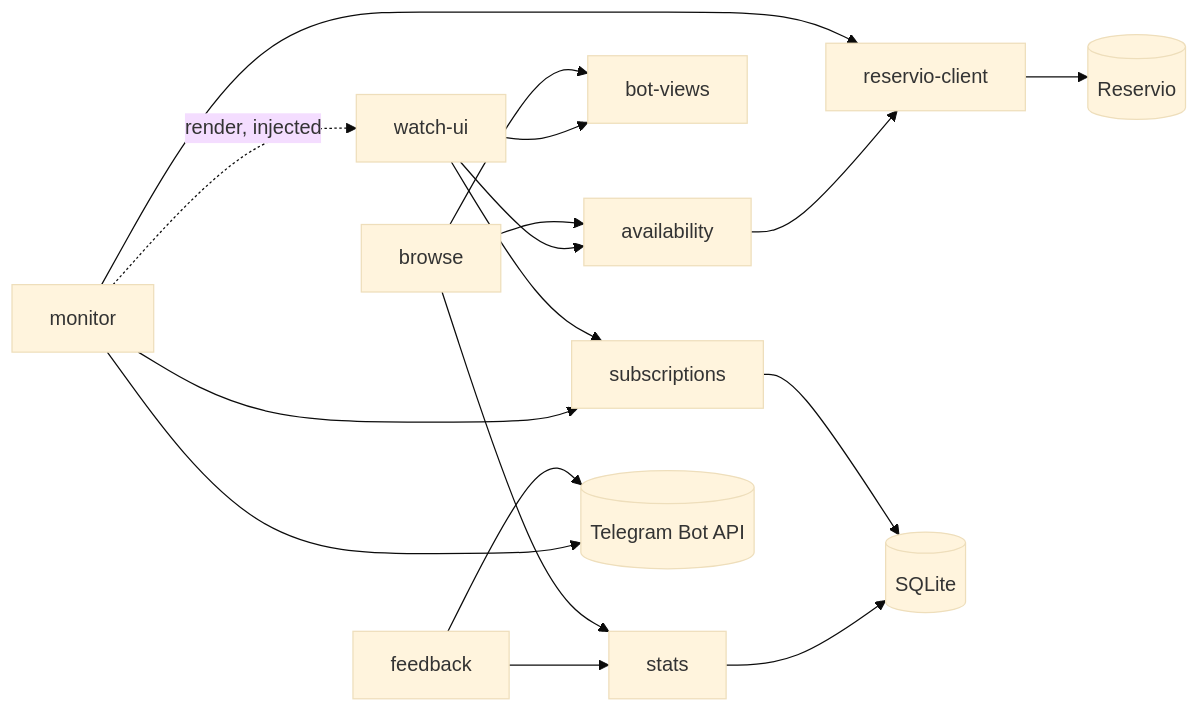
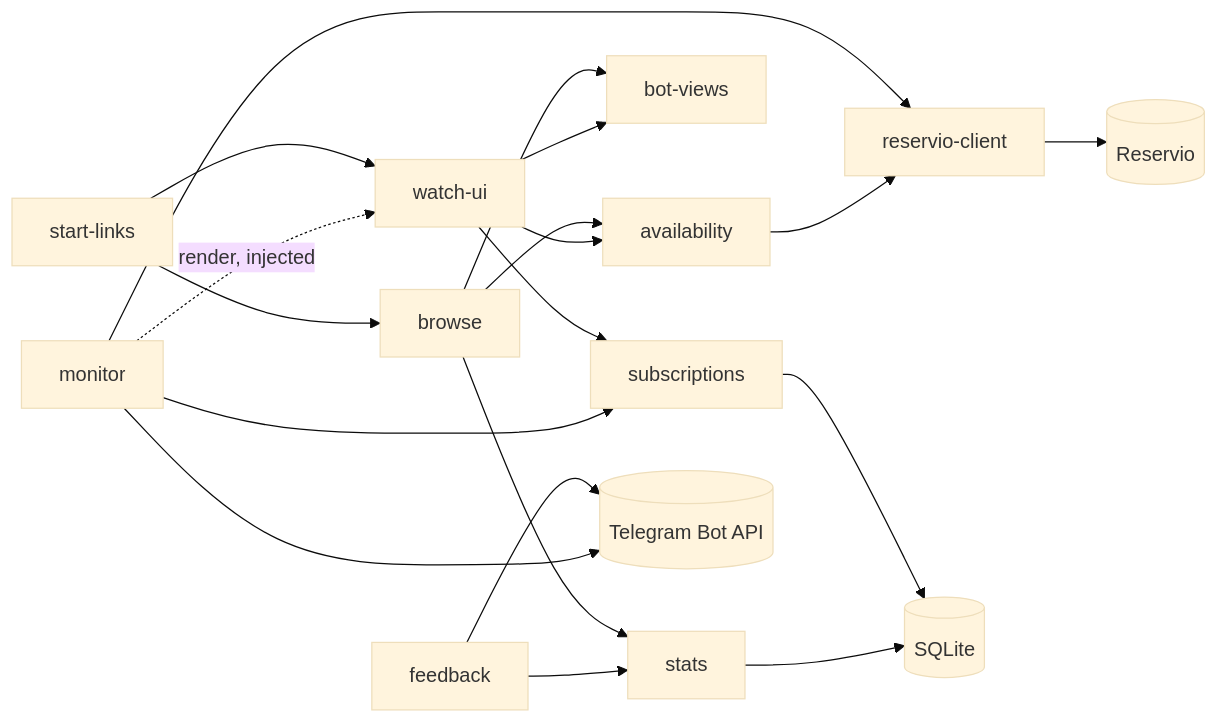
One commit to Kairick/padel-bot changed the diagram in docs/blocks/index.md. Above: the diagram before and after it, drawn with Mermaid (base theme). The commit also changed other lines of this file and 16 other files, not shown here.

````diff
--- a/docs/blocks/index.md
+++ b/docs/blocks/index.md
@@ -22,19 +23,21 @@
 ```mermaid
 flowchart LR
   browse --> availability
   browse --> views[bot-views]
   browse --> stats
+  links[start-links] --> browse
+  links --> watch
   watch[watch-ui] --> subs[subscriptions]
   watch --> views
   watch --> availability
   feedback --> stats
   feedback --> TG[(Telegram Bot API)]
   monitor --> client[reservio-client]
   monitor --> subs
   monitor -. render, injected .-> watch
   monitor --> TG
   availability --> client
   client --> RS[(Reservio)]
   subs --> DB[(SQLite)]
   stats --> DB
 ```
````
